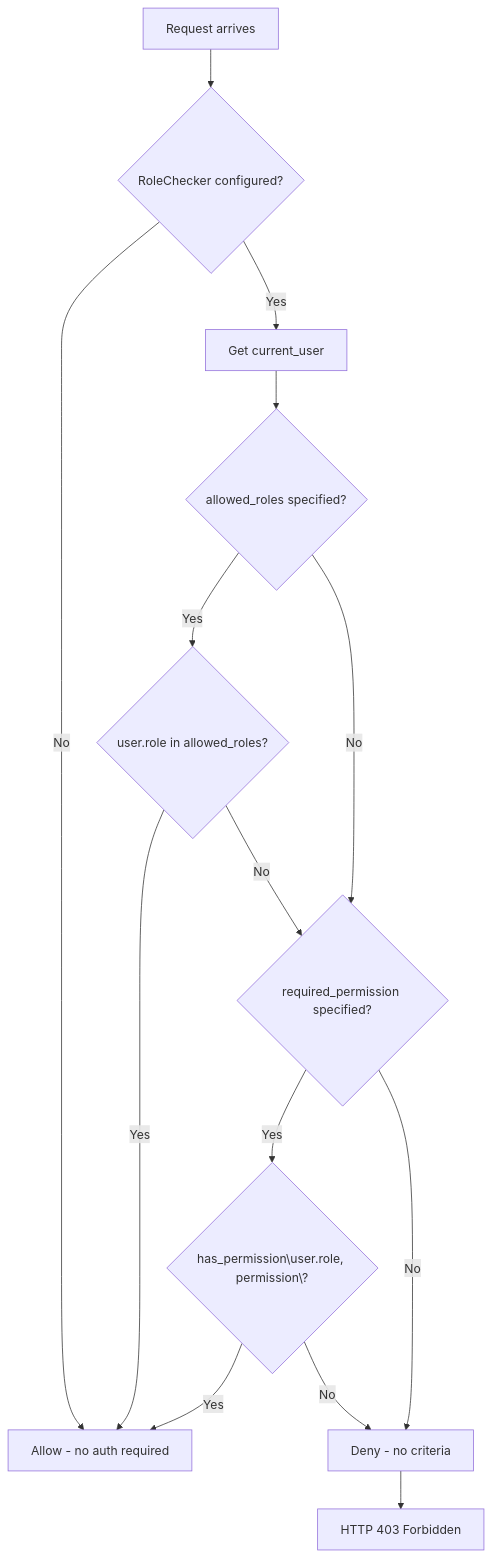
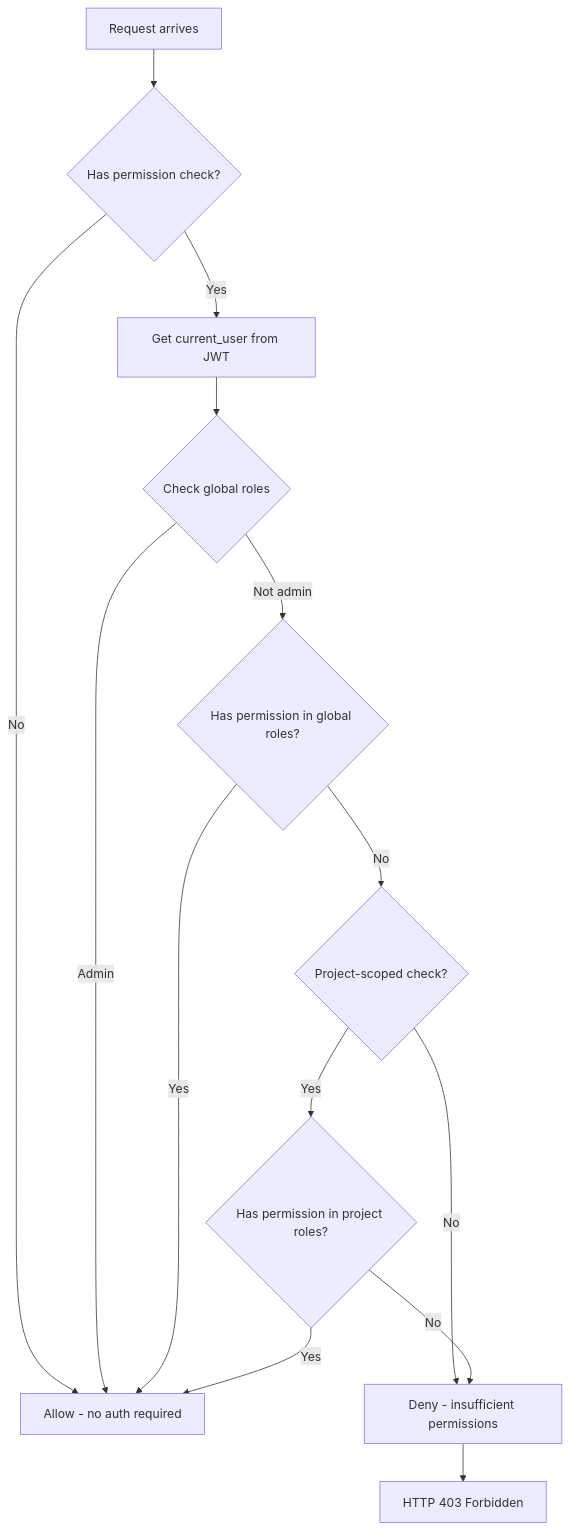
One commit to ogghst/backcast changed the seventh of 7 diagrams in docs/02-architecture/backend/contexts/auth/architecture.md. Above: the diagram before and after it, drawn with Mermaid. The commit also changed other lines of this file and 158 other files, not shown here.

````diff
--- a/docs/02-architecture/backend/contexts/auth/architecture.md
+++ b/docs/02-architecture/backend/contexts/auth/architecture.md
@@ -290,16 +396,16 @@
 ```mermaid
 flowchart TD
-    A[Request arrives] --> B{RoleChecker configured?}
+    A[Request arrives] --> B{Has permission check?}
     B -->|No| C[Allow - no auth required]
-    B -->|Yes| D[Get current_user]
-    D --> E{allowed_roles specified?}
-    E -->|Yes| F{user.role in allowed_roles?}
+    B -->|Yes| D[Get current_user from JWT]
+    D --> E{Check global roles}
+    E -->|Admin| C
+    E -->|Not admin| F{Has permission in global roles?}
     F -->|Yes| C
-    F -->|No| G{required_permission specified?}
-    E -->|No| G
-    G -->|Yes| H{has_permission\user.role, permission\?}
-    G -->|No| I[Deny - no criteria]
-    H -->|Yes| C
-    H -->|No| I
-    I --> J[HTTP 403 Forbidden]
+    F -->|No| G{Project-scoped check?}
+    G -->|No| H[Deny - insufficient permissions]
+    G -->|Yes| I{Has permission in project roles?}
+    I -->|Yes| C
+    I -->|No| H
+    H --> J[HTTP 403 Forbidden]
 ```
````
